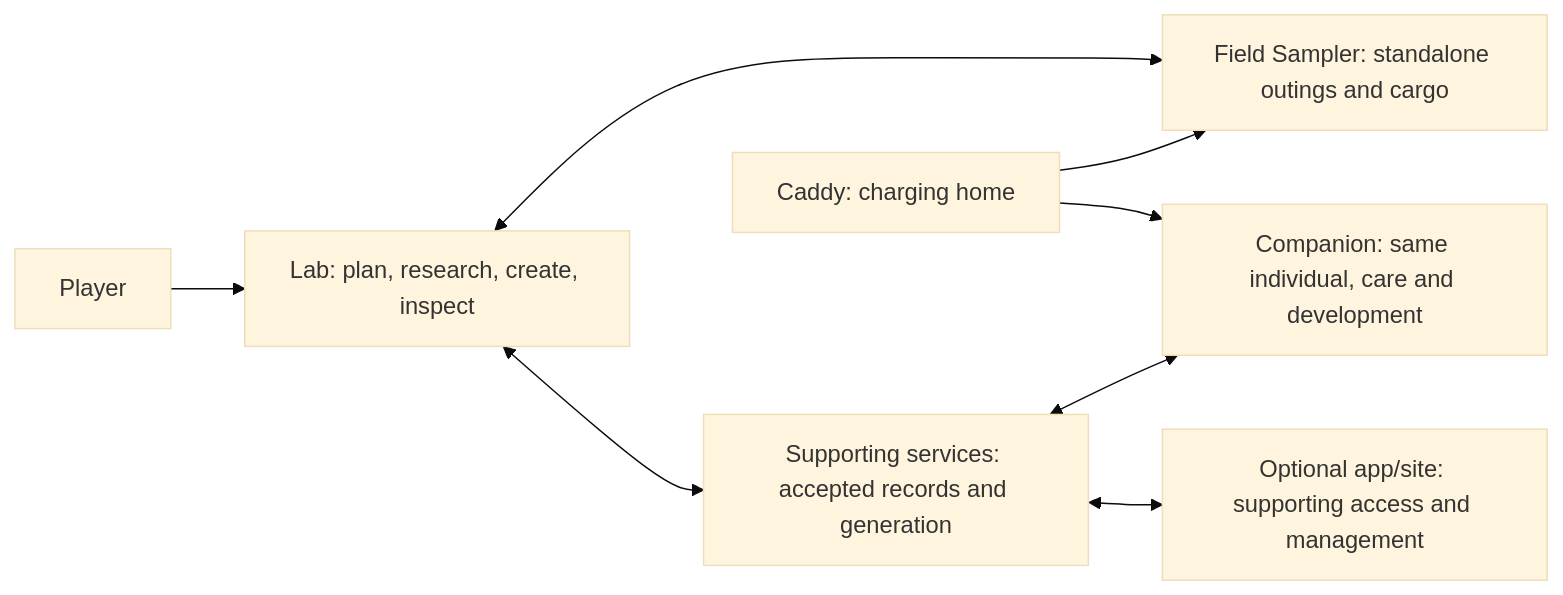
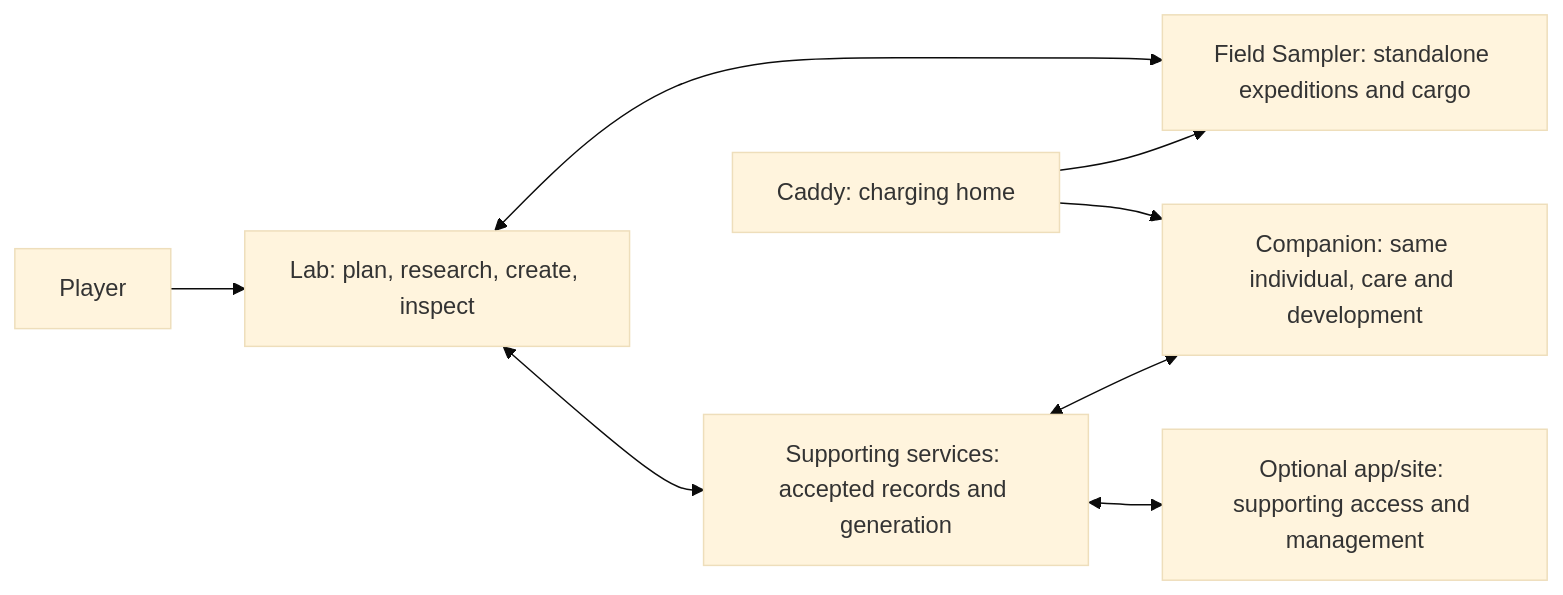
The diagram in docs/README.md (PacoCotera/critter-lab), drawn with Mermaid (base theme) before and after one commit. The commit also changed other lines of this file and 7 other files, not shown here.

````diff
--- a/docs/README.md
+++ b/docs/README.md
@@ -24,10 +24,10 @@
 ```mermaid
 flowchart LR
   Player[Player] --> Lab[Lab: plan, research, create, inspect]
-  Lab <--> Probe[Field Sampler: standalone outings and cargo]
+  Lab <--> Probe[Field Sampler: standalone expeditions and cargo]
   Lab <--> Records[Supporting services: accepted records and generation]
   Records <--> Companion[Companion: same individual, care and development]
   Records <--> Support[Optional app/site: supporting access and management]
   Caddy[Caddy: charging home] --> Probe
   Caddy --> Companion
 ```
````
